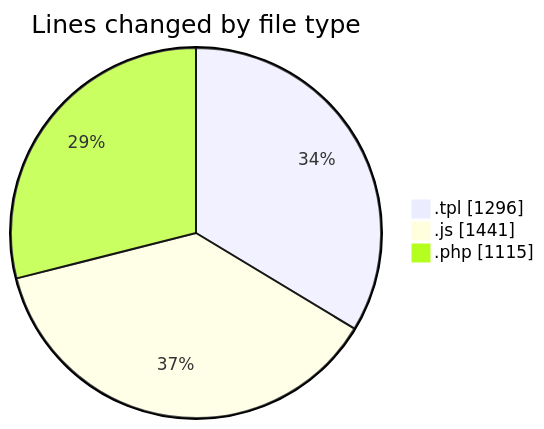
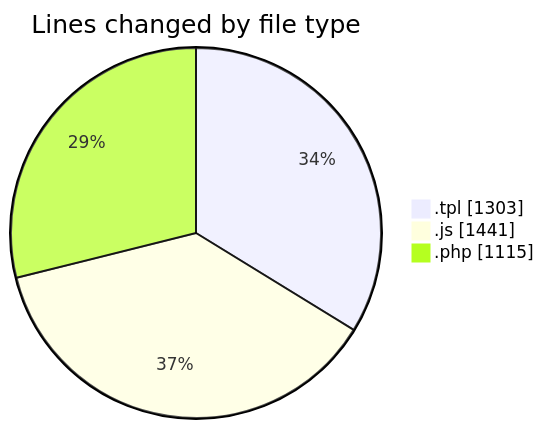
Before and after one commit to vahidmafi/code-tracking: the first of 2 diagrams in 2025-03-24/zeytoon/README.md, drawn with Mermaid. The commit also changed other lines of this file and 1 other file, not shown here.

````diff
--- a/2025-03-24/zeytoon/README.md
+++ b/2025-03-24/zeytoon/README.md
@@ -23,7 +23,7 @@
 ```mermaid
 pie showData
 title Lines changed by file type
-".tpl" : 1296
+".tpl" : 1303
 ".js" : 1441
 ".php" : 1115
 ```
````
